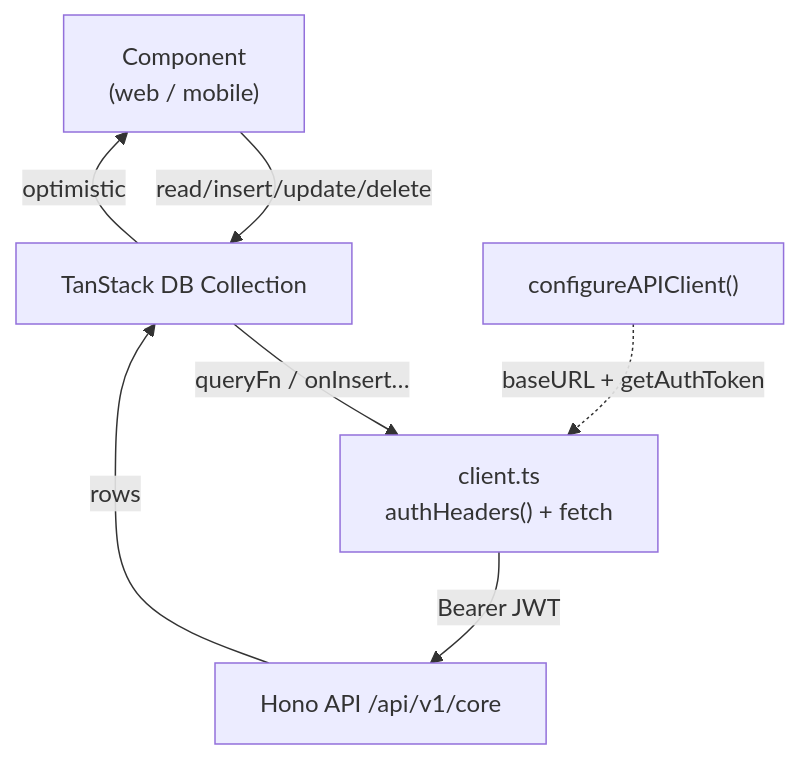
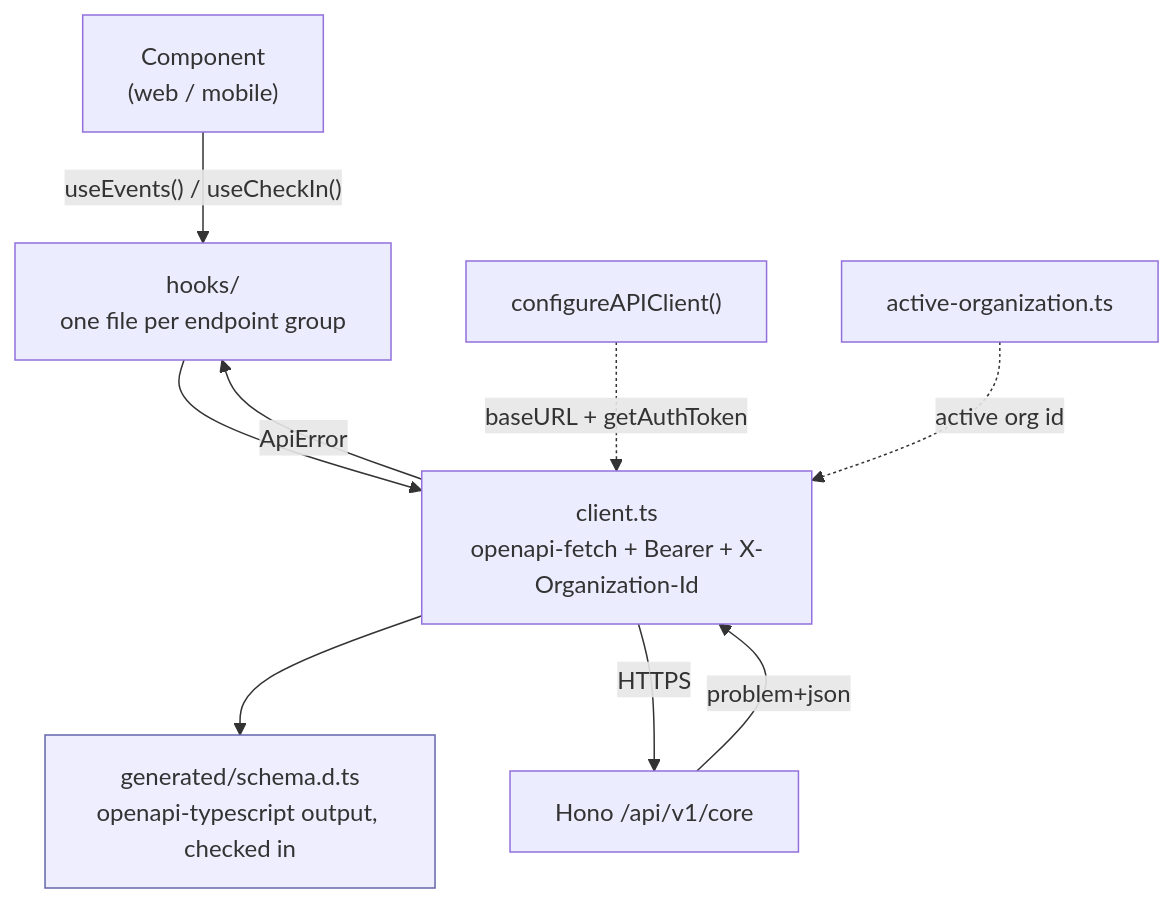
The diagram in packages/api-client/README.md (codewreaker/credopass), drawn with Mermaid before and after one commit. The commit also changed other lines of this file and 39 other files, not shown here.

````diff
--- a/packages/api-client/README.md
+++ b/packages/api-client/README.md
@@ -14,9 +21,12 @@
 ```mermaid
 flowchart TD
-    App["Component<br/>(web / mobile)"] -->|read/insert/update/delete| Col["TanStack DB Collection"]
-    Col -->|optimistic| App
-    Col -->|queryFn / onInsert…| Client["client.ts<br/>authHeaders() + fetch"]
-    Client -->|Bearer JWT| API["Hono API /api/v1/core"]
-    API -->|rows| Col
+    App["Component<br/>(web / mobile)"] -->|"useEvents() / useCheckIn()"| Hooks["hooks/<br/>one file per endpoint group"]
+    Hooks --> Client["client.ts<br/>openapi-fetch + Bearer + X-Organization-Id"]
+    Client --> Gen["generated/schema.d.ts<br/>openapi-typescript output, checked in"]
+    Client -->|HTTPS| API["Hono /api/v1/core"]
+    API -->|"problem+json"| Client
+    Client -->|ApiError| Hooks
     Cfg["configureAPIClient()"] -.->|baseURL + getAuthToken| Client
+    Org["active-organization.ts"] -.->|active org id| Client
+    style Gen fill:#eef,stroke:#66a
 ```
````
